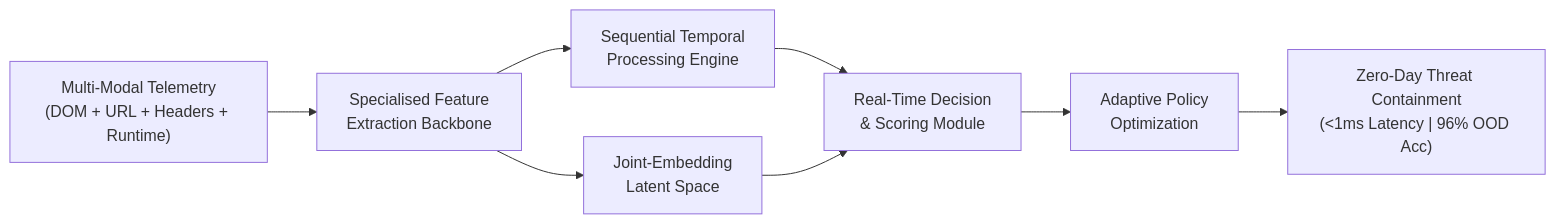
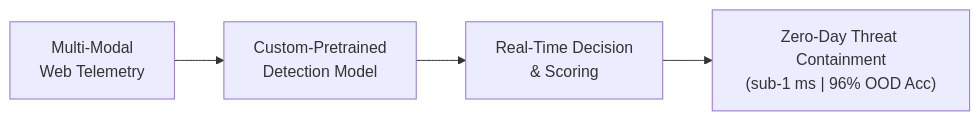
One commit to AmazingKid1998/AmazingKid1998 changed the second of 3 diagrams in README.md. Above: the diagram before and after it, drawn with Mermaid. The commit also changed other lines of this file, not shown here.

Commit message:
Revise README for updated model descriptions
Updated the README to reflect changes in the multi-modal telemetry model and added details on custom pre-training and low-latency decision model.

````diff
--- a/README.md
+++ b/README.md
@@ -56,10 +56,6 @@
 ```mermaid
 flowchart LR
-    In["Multi-Modal Telemetry<br/>(DOM + URL + Headers + Runtime)"] --> Backbone["Specialised Feature<br/>Extraction Backbone"]
-    Backbone --> Seq["Sequential Temporal<br/>Processing Engine"]
-    Backbone --> Latent["Joint-Embedding<br/>Latent Space"]
-    Seq --> Decision["Real-Time Decision<br/>& Scoring Module"]
-    Latent --> Decision
-    Decision --> Policy["Adaptive Policy<br/>Optimization"]
-    Policy --> Out["Zero-Day Threat Containment<br/>(<1ms Latency | 96% OOD Acc)"]
+    In["Multi-Modal<br/>Web Telemetry"] --> Model["Custom-Pretrained<br/>Detection Model"]
+    Model --> Decision["Real-Time Decision<br/>& Scoring"]
+    Decision --> Out["Zero-Day Threat Containment<br/>(sub-1 ms | 96% OOD Acc)"]
 ```
````
